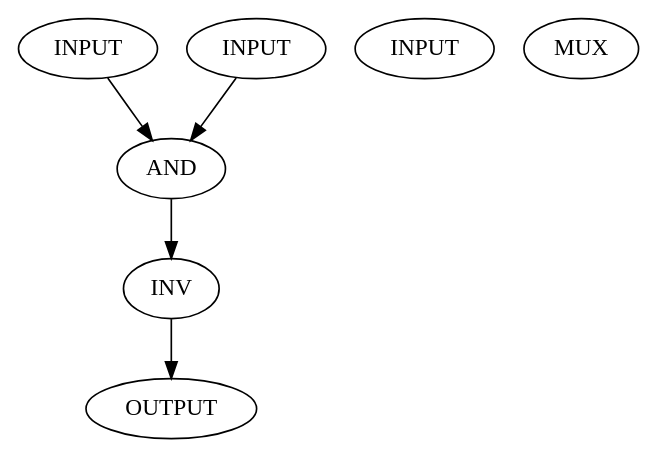
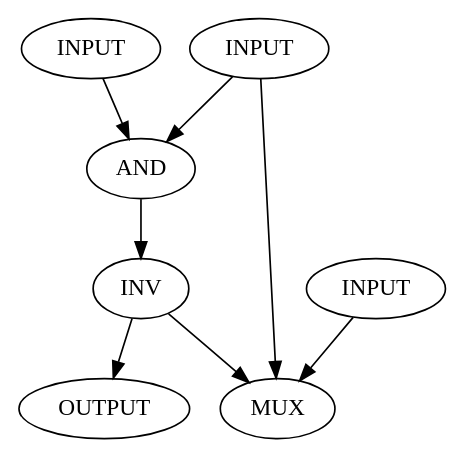
Before and after one commit to Florent-Barthelemy/projetc-c: the diagram in TB/dot_test_file.dot, drawn with Graphviz. The commit also changed 1 other file, not shown here.

Commit message:
Added MUX2 compatible syntax support

```diff
--- a/TB/dot_test_file.dot
+++ b/TB/dot_test_file.dot
@@ -1,23 +1,27 @@
 digraph NAND_MODULE
 {
 	A [label="INPUT"];
 	B [label="INPUT"];
 	C [label="INPUT"];
 	
 	S [label="OUTPUT"];
 
 	AND0 [label="AND"];
 	INV1 [label="INV"];
 
-	myMux2 [label="MUX" sel="A"];
+	myMux2 [label="MUX" sel="C"];
 	
 	
+	A -> myMux2;
+	B -> myMux2;
+
+	INV1 -> myMux2;
 
 	A -> AND0;
 	C -> AND0;
 
 
 	AND0 -> INV1;
 
 	INV1 -> S;
 }
```
